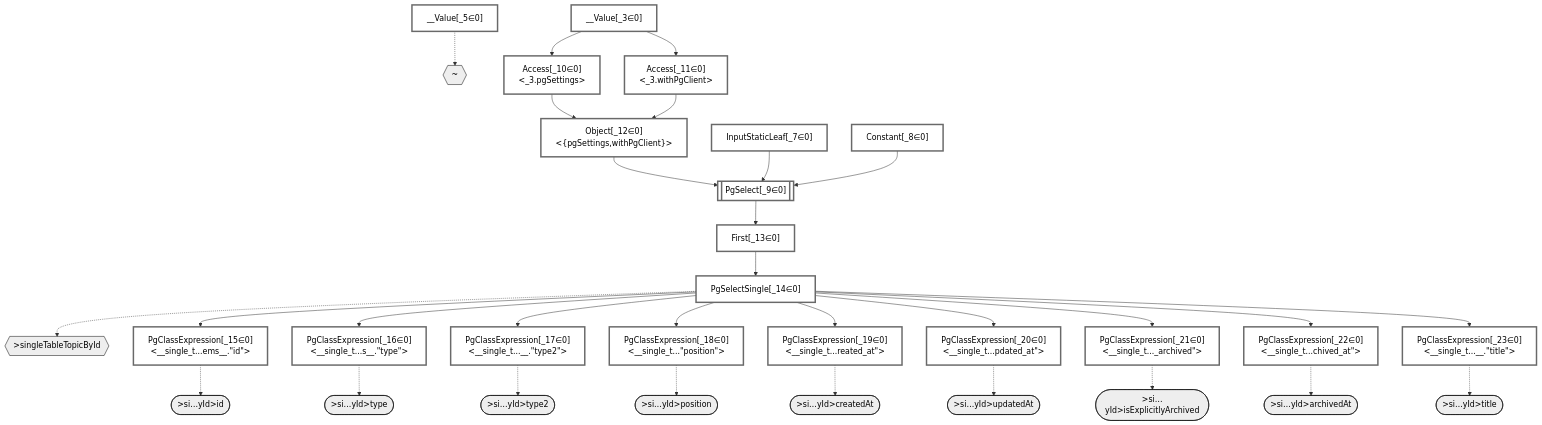
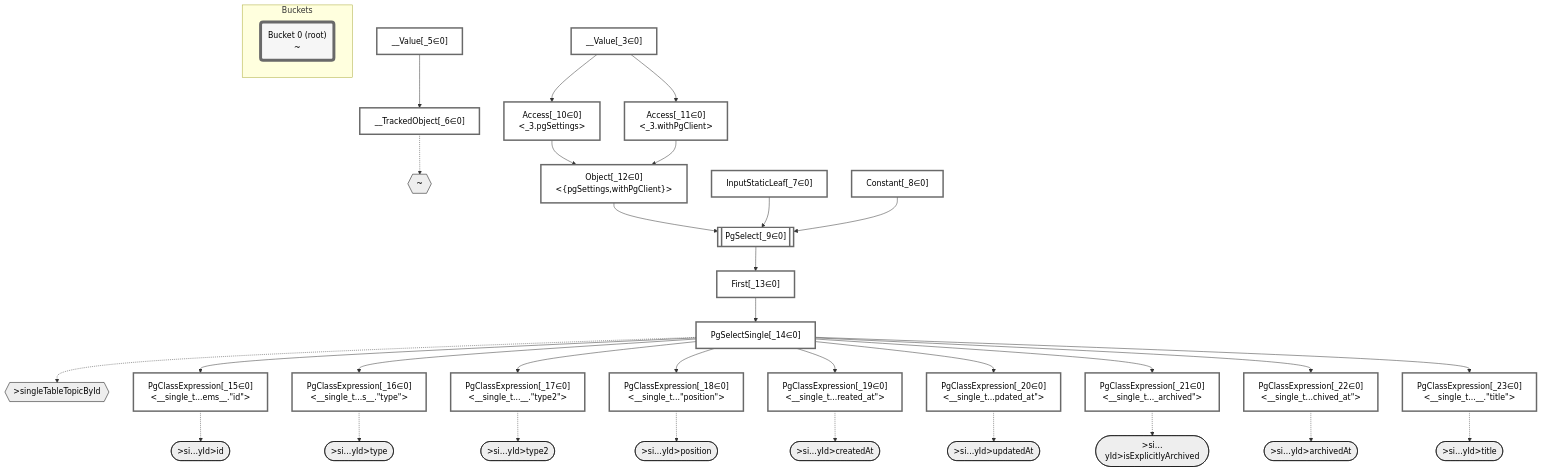
One commit to graphile/crystal changed the diagram in packages/dataplan-pg/__tests__/queries/interfaces-single-table/single-topic.deopt.mermaid.md. Above: the diagram before and after it, drawn with Mermaid. The commit also changed 195 other files, not shown here.

````diff
--- a/packages/dataplan-pg/__tests__/queries/interfaces-single-table/single-topic.deopt.mermaid.md
+++ b/packages/dataplan-pg/__tests__/queries/interfaces-single-table/single-topic.deopt.mermaid.md
@@ -4,6 +4,7 @@
     classDef plan fill:#fff,stroke-width:3px,color:#000
     classDef itemplan fill:#fff,stroke-width:6px,color:#000
     classDef sideeffectplan fill:#f00,stroke-width:6px,color:#000
+    classDef bucket fill:#f6f6f6,color:#000,stroke-width:6px
 
     %% subgraph fields
     P1{{"~"}}:::path
@@ -32,6 +33,7 @@
     %% define plans
     __Value_3["__Value[_3∈0]<br /><context>"]:::plan
     __Value_5["__Value[_5∈0]<br /><rootValue>"]:::plan
+    __TrackedObject_6["__TrackedObject[_6∈0]"]:::plan
     InputStaticLeaf_7["InputStaticLeaf[_7∈0]"]:::plan
     Constant_8["Constant[_8∈0]"]:::plan
     PgSelect_9[["PgSelect[_9∈0]<br /><single_table_items>"]]:::plan
@@ -51,6 +53,7 @@
     PgClassExpression_23["PgClassExpression[_23∈0]<br /><__single_t...__.#quot;title#quot;>"]:::plan
 
     %% plan dependencies
+    __Value_5 --> __TrackedObject_6
     Object_12 --> PgSelect_9
     InputStaticLeaf_7 --> PgSelect_9
     Constant_8 --> PgSelect_9
@@ -71,7 +74,7 @@
     PgSelectSingle_14 --> PgClassExpression_23
 
     %% plan-to-path relationships
-    __Value_5 -.-> P1
+    __TrackedObject_6 -.-> P1
     PgSelectSingle_14 -.-> P2
     PgClassExpression_15 -.-> P3
     PgClassExpression_16 -.-> P4
@@ -85,5 +88,10 @@
 
     %% allocate buckets
     classDef bucket0 stroke:#696969
-    class __Value_3,__Value_5,InputStaticLeaf_7,Constant_8,PgSelect_9,Access_10,Access_11,Object_12,First_13,PgSelectSingle_14,PgClassExpression_15,PgClassExpression_16,PgClassExpression_17,PgClassExpression_18,PgClassExpression_19,PgClassExpression_20,PgClassExpression_21,PgClassExpression_22,PgClassExpression_23 bucket0
+    class __Value_3,__Value_5,__TrackedObject_6,InputStaticLeaf_7,Constant_8,PgSelect_9,Access_10,Access_11,Object_12,First_13,PgSelectSingle_14,PgClassExpression_15,PgClassExpression_16,PgClassExpression_17,PgClassExpression_18,PgClassExpression_19,PgClassExpression_20,PgClassExpression_21,PgClassExpression_22,PgClassExpression_23 bucket0
+
+    subgraph Buckets
+    Bucket0("Bucket 0 (root)<br />~"):::bucket
+    style Bucket0 stroke:#696969
+    end
 ```
````
